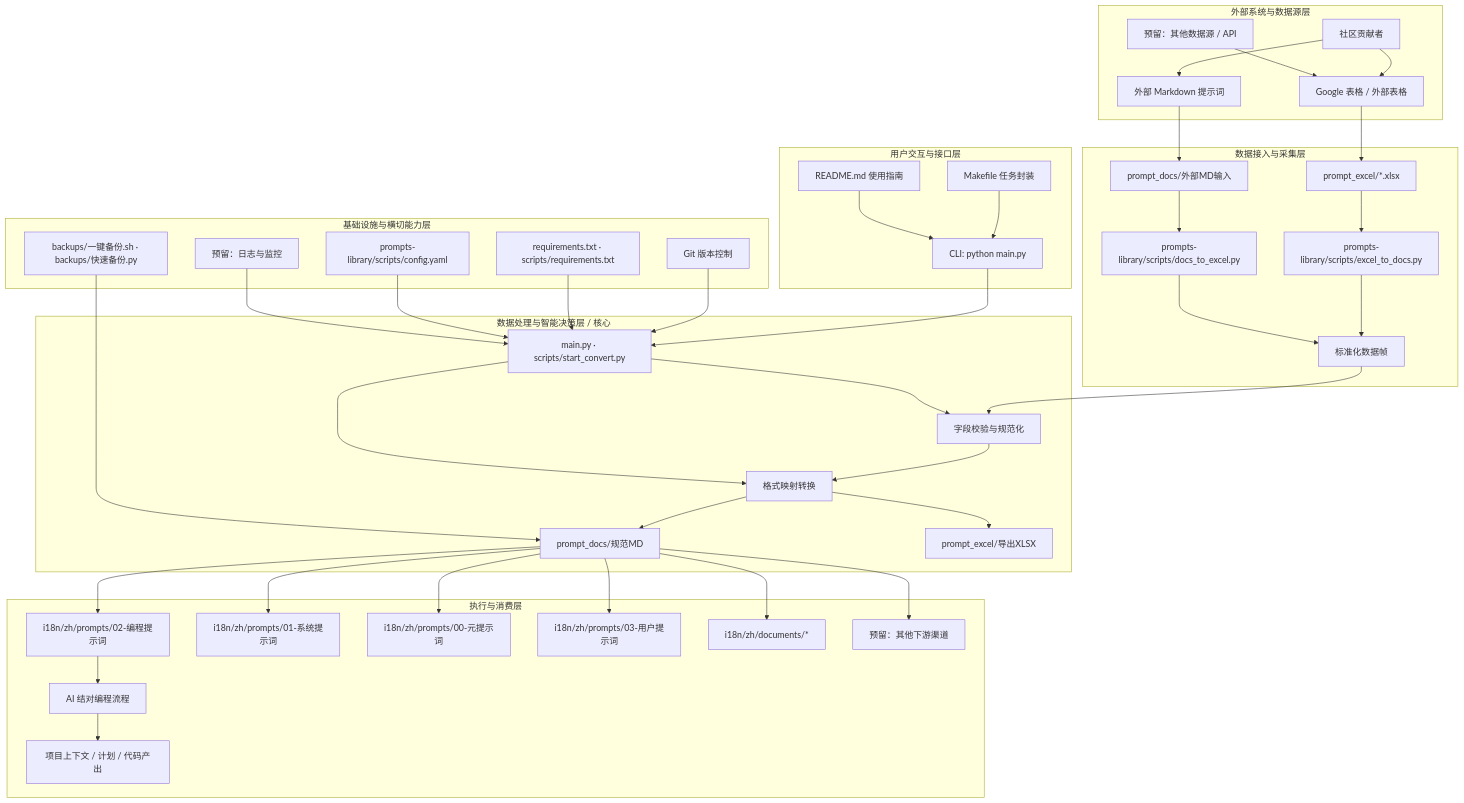
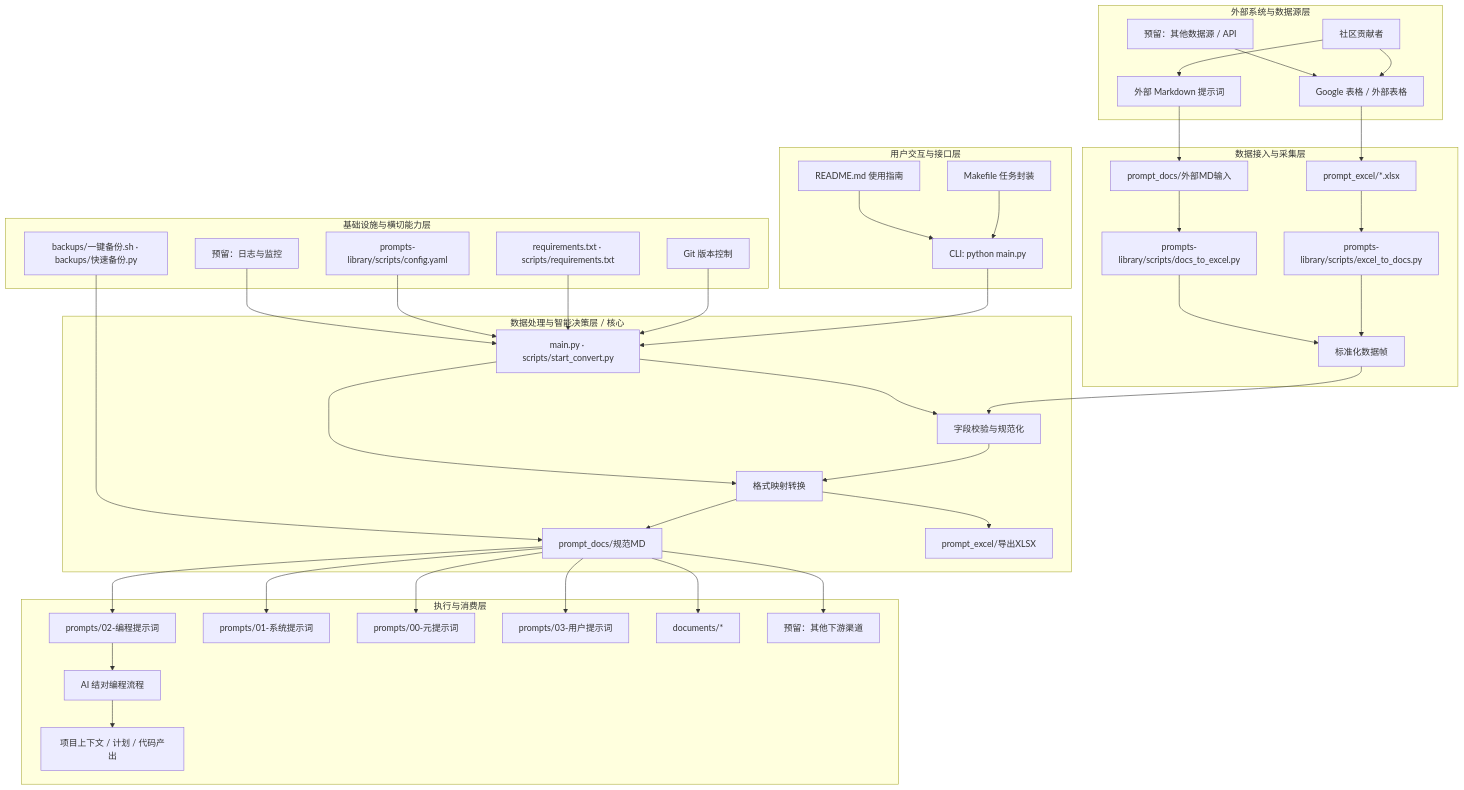
The first of 2 diagrams in README.md (tradecatlabs/vibe-coding-cn), drawn with Mermaid before and after one commit. The commit also changed other lines of this file and 708 other files, not shown here.

````diff
--- a/README.md
+++ b/README.md
@@ -484,62 +484,62 @@
 ```mermaid
 graph TB
   %% GitHub 兼容简化版（仅使用基础语法）
 
   subgraph ext_layer[外部系统与数据源层]
     ext_contrib[社区贡献者]
     ext_sheet[Google 表格 / 外部表格]
     ext_md[外部 Markdown 提示词]
     ext_api[预留：其他数据源 / API]
     ext_contrib --> ext_sheet
     ext_contrib --> ext_md
     ext_api --> ext_sheet
   end
 
   subgraph ingest_layer[数据接入与采集层]
     excel_raw[prompt_excel/*.xlsx]
     md_raw[prompt_docs/外部MD输入]
     excel_to_docs[prompts-library/scripts/excel_to_docs.py]
     docs_to_excel[prompts-library/scripts/docs_to_excel.py]
     ingest_bus[标准化数据帧]
     ext_sheet --> excel_raw
     ext_md --> md_raw
     excel_raw --> excel_to_docs
     md_raw --> docs_to_excel
     excel_to_docs --> ingest_bus
     docs_to_excel --> ingest_bus
   end
 
   subgraph core_layer[数据处理与智能决策层 / 核心]
     ingest_bus --> validate[字段校验与规范化]
     validate --> transform[格式映射转换]
     transform --> artifacts_md[prompt_docs/规范MD]
     transform --> artifacts_xlsx[prompt_excel/导出XLSX]
     orchestrator[main.py · scripts/start_convert.py] --> validate
     orchestrator --> transform
   end
 
   subgraph consume_layer[执行与消费层]
-    artifacts_md --> catalog_coding[i18n/zh/prompts/02-编程提示词]
-    artifacts_md --> catalog_system[i18n/zh/prompts/01-系统提示词]
-    artifacts_md --> catalog_meta[i18n/zh/prompts/00-元提示词]
-    artifacts_md --> catalog_user[i18n/zh/prompts/03-用户提示词]
-    artifacts_md --> docs_repo[i18n/zh/documents/*]
+    artifacts_md --> catalog_coding[prompts/02-编程提示词]
+    artifacts_md --> catalog_system[prompts/01-系统提示词]
+    artifacts_md --> catalog_meta[prompts/00-元提示词]
+    artifacts_md --> catalog_user[prompts/03-用户提示词]
+    artifacts_md --> docs_repo[documents/*]
     artifacts_md --> new_consumer[预留：其他下游渠道]
     catalog_coding --> ai_flow[AI 结对编程流程]
     ai_flow --> deliverables[项目上下文 / 计划 / 代码产出]
   end
 
   subgraph ux_layer[用户交互与接口层]
     cli[CLI: python main.py] --> orchestrator
     makefile[Makefile 任务封装] --> cli
     readme[README.md 使用指南] --> cli
   end
 
   subgraph infra_layer[基础设施与横切能力层]
     git[Git 版本控制] --> orchestrator
     backups[backups/一键备份.sh · backups/快速备份.py] --> artifacts_md
     deps[requirements.txt · scripts/requirements.txt] --> orchestrator
     config[prompts-library/scripts/config.yaml] --> orchestrator
     monitor[预留：日志与监控] --> orchestrator
   end
 ```
````
